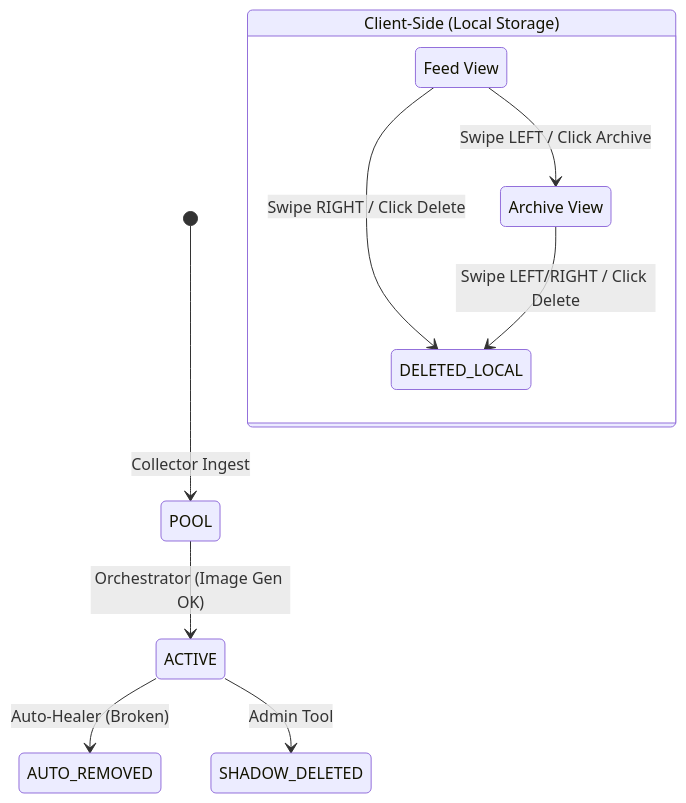
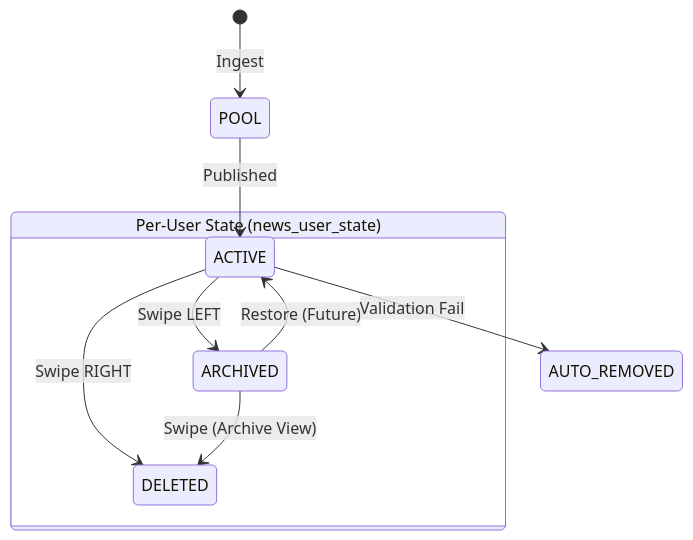
The diagram in docs/STATE_MACHINE.md (davidbrovarets-commits/telegram-ai-app2026), drawn with Mermaid before and after one commit. The commit also changed other lines of this file and 6 other files, not shown here.

Commit message:
feat(cr-008): per-user news state (DB-backed) + restore path

````diff
--- a/docs/STATE_MACHINE.md
+++ b/docs/STATE_MACHINE.md
@@ -30,17 +26,14 @@
 ```mermaid
 stateDiagram-v2
-    [*] --> POOL: Collector Ingest
-    POOL --> ACTIVE: Orchestrator (Image Gen OK)
-    ACTIVE --> AUTO_REMOVED: Auto-Healer (Broken)
-    ACTIVE --> SHADOW_DELETED: Admin Tool
+    [*] --> POOL: Ingest
+    POOL --> ACTIVE: Published
+    
+    state "Per-User State (news_user_state)" as User {
+        ACTIVE --> ARCHIVED: Swipe LEFT
+        ACTIVE --> DELETED: Swipe RIGHT
+        ARCHIVED --> DELETED: Swipe (Archive View)
+        ARCHIVED --> ACTIVE: Restore (Future)
+    }
 
-    state "Client-Side (Local Storage)" as Client {
-        ACTIVE_VIEW: Feed View
-        ARCHIVED_VIEW: Archive View
-        
-        ACTIVE_VIEW --> ARCHIVED_VIEW: Swipe LEFT / Click Archive
-        ACTIVE_VIEW --> DELETED_LOCAL: Swipe RIGHT / Click Delete
-        
-        ARCHIVED_VIEW --> DELETED_LOCAL: Swipe LEFT/RIGHT / Click Delete
-    }
+    ACTIVE --> AUTO_REMOVED: Validation Fail
 ```
````
